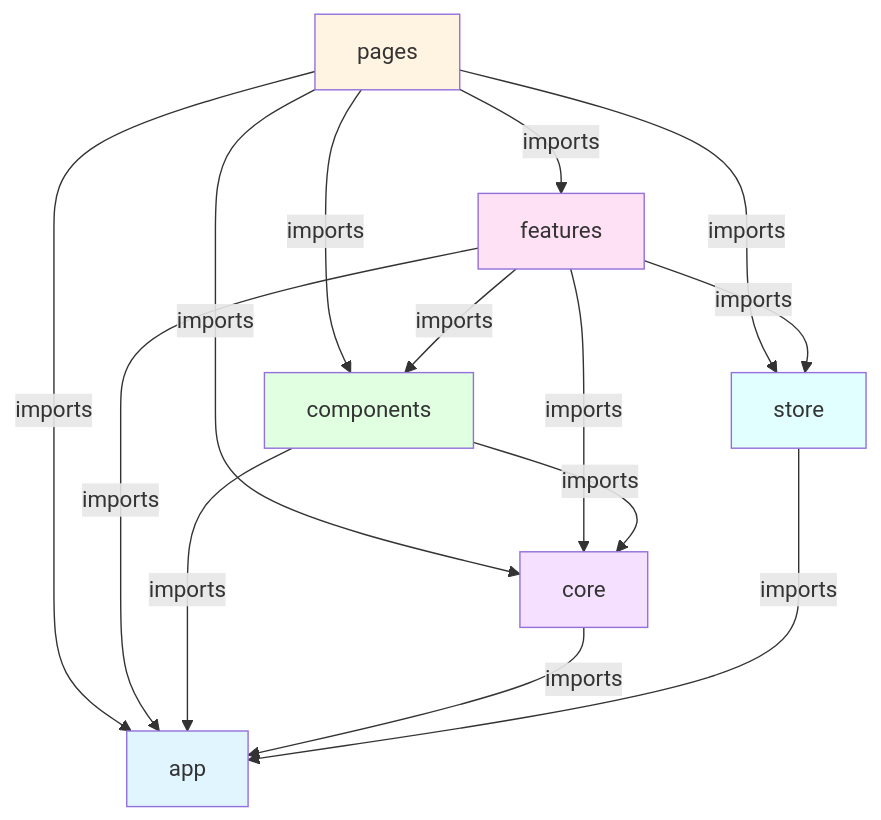
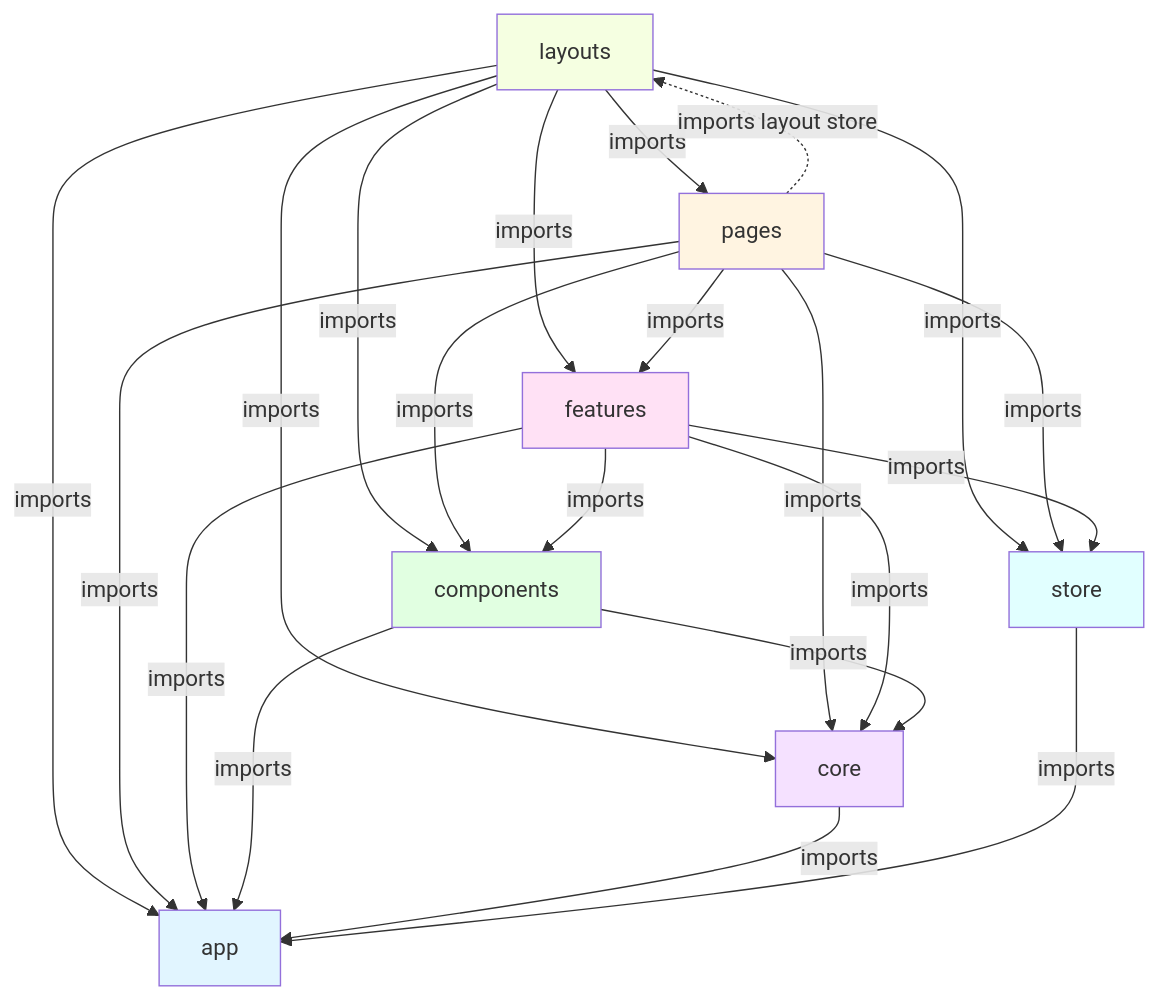
One commit to simpscal/notism-web changed the diagram in docs/rules/architecture.md. Above: the diagram before and after it, drawn with Mermaid. The commit also changed other lines of this file, not shown here.

Commit message:
refactor: update architecture documentation to clarify layer hierarchy, dependencies, and store access rules

````diff
--- a/docs/rules/architecture.md
+++ b/docs/rules/architecture.md
@@ -38,34 +39,44 @@
 ```mermaid
 graph TD
-    App[app]
+    Layouts[layouts]
     Pages[pages]
     Features[features]
     Components[components]
     Core[core]
     Store[store]
+    App[app]
 
+    Layouts -->|imports| Pages
+    Layouts -->|imports| Features
+    Layouts -->|imports| Components
+    Layouts -->|imports| Core
+    Layouts -->|imports| Store
+    Layouts -->|imports| App
+
+    Pages -.->|imports layout store| Layouts
     Pages -->|imports| Features
     Pages -->|imports| Components
     Pages -->|imports| Core
     Pages -->|imports| Store
     Pages -->|imports| App
 
     Features -->|imports| Components
     Features -->|imports| Core
     Features -->|imports| Store
     Features -->|imports| App
 
     Components -->|imports| Core
     Components -->|imports| App
 
     Core -->|imports| App
 
     Store -->|imports| App
 
-    style App fill:#e1f5ff
+    style Layouts fill:#f5ffe1
     style Pages fill:#fff4e1
     style Features fill:#ffe1f5
     style Components fill:#e1ffe1
     style Core fill:#f5e1ff
     style Store fill:#e1ffff
+    style App fill:#e1f5ff
 ```
````
